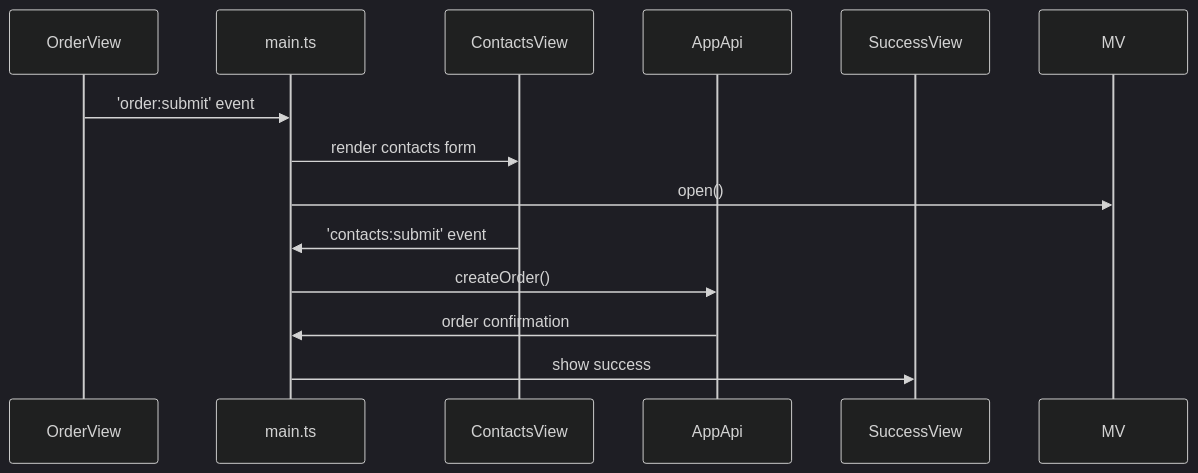
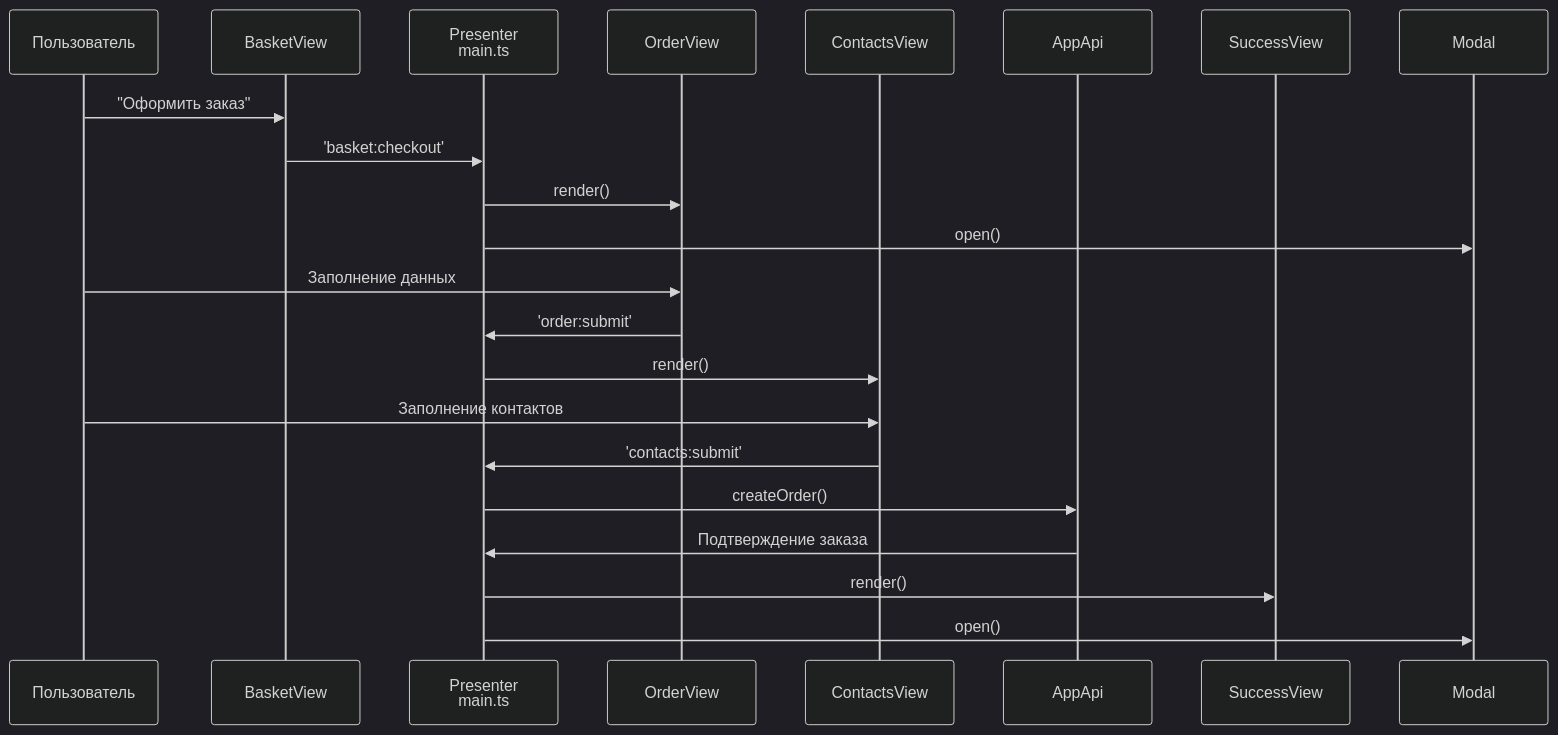
One commit to p-nastasiya/weblarek changed the fifth of 5 diagrams in README.md. Above: the diagram before and after it, drawn with Mermaid (dark theme). The commit also changed other lines of this file and 18 other files, not shown here.

````diff
--- a/README.md
+++ b/README.md
@@ -502,16 +521,26 @@
 ```mermaid
 sequenceDiagram
-    participant O as OrderView
-    participant M as main.ts
-    participant C as ContactsView
-    participant A as AppApi
-    participant S as SuccessView
+    participant U as Пользователь
+    participant BV as BasketView
+    participant P as Presenter<br/>main.ts
+    participant OV as OrderView
+    participant CV as ContactsView
+    participant API as AppApi
+    participant SV as SuccessView
     
-    O->>M: 'order:submit' event
-    M->>C: render contacts form
-    M->>MV: open()
-    C->>M: 'contacts:submit' event
-    M->>A: createOrder()
-    A->>M: order confirmation
-    M->>S: show success
+    U->>BV: "Оформить заказ"
+    BV->>P: 'basket:checkout'
+    P->>OV: render()
+    P->>Modal: open()
+    
+    U->>OV: Заполнение данных
+    OV->>P: 'order:submit'
+    P->>CV: render()
+    
+    U->>CV: Заполнение контактов
+    CV->>P: 'contacts:submit'
+    P->>API: createOrder()
+    API->>P: Подтверждение заказа
+    P->>SV: render()
+    P->>Modal: open()
 ```
````
